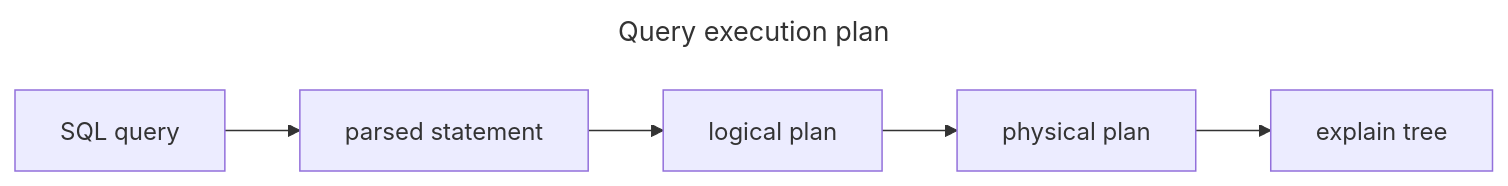
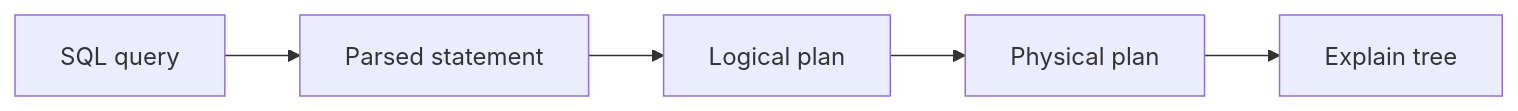
Before and after one commit to VineethChivukula/dedocs: the second of 4 diagrams in content/sql/query-execution-engine.md, drawn with Mermaid. The commit also changed other lines of this file and 26 other files, not shown here.

````diff
--- a/content/sql/query-execution-engine.md
+++ b/content/sql/query-execution-engine.md
@@ -103,10 +103,7 @@
 ```mermaid
----
-title: "Query execution plan"
----
 flowchart LR
-  A[SQL query] --> B[parsed statement]
-  B --> C[logical plan]
-  C --> D[physical plan]
-  D --> E[explain tree]
+  A[SQL query] --> B[Parsed statement]
+  B --> C[Logical plan]
+  C --> D[Physical plan]
+  D --> E[Explain tree]
 ```
````
